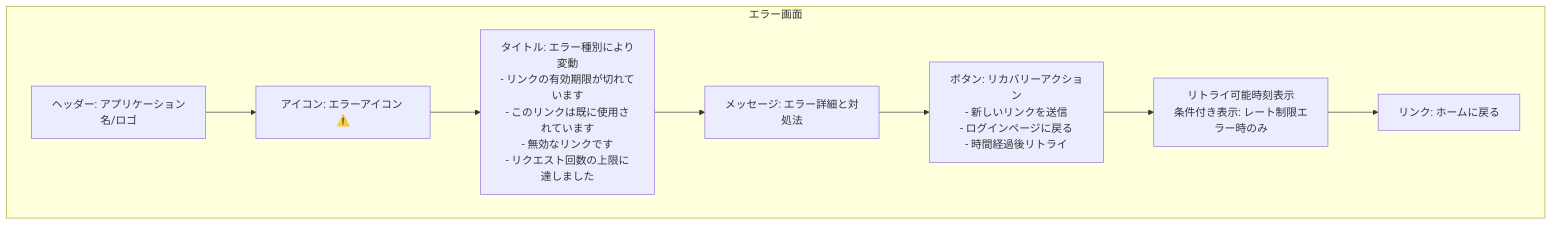
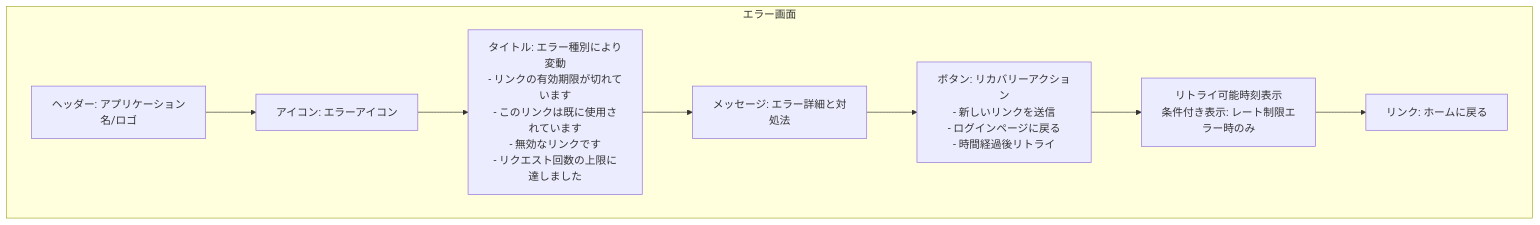
Before and after one commit to einja-inc/einja-management-template: diagram 13 of 14 in docs/einja/example/specs/issues/issue999-example-task/design.md, drawn with Mermaid. The commit also changed other lines of this file and 7 other files, not shown here.

````diff
--- a/docs/einja/example/specs/issues/issue999-example-task/design.md
+++ b/docs/einja/example/specs/issues/issue999-example-task/design.md
@@ -387,19 +848,19 @@
 ```mermaid
 graph TB
     subgraph "エラー画面"
         Header[ヘッダー: アプリケーション名/ロゴ]
-        ErrorIcon[アイコン: エラーアイコン ⚠️]
+        ErrorIcon[アイコン: エラーアイコン]
         ErrorTitle[タイトル: エラー種別により変動<br/>- リンクの有効期限が切れています<br/>- このリンクは既に使用されています<br/>- 無効なリンクです<br/>- リクエスト回数の上限に達しました]
         ErrorMessage[メッセージ: エラー詳細と対処法]
         ActionBtn[ボタン: リカバリーアクション<br/>- 新しいリンクを送信<br/>- ログインページに戻る<br/>- 時間経過後リトライ]
         RetryAfter[リトライ可能時刻表示<br/>条件付き表示: レート制限エラー時のみ]
         BackLink[リンク: ホームに戻る]
 
         Header --> ErrorIcon
         ErrorIcon --> ErrorTitle
         ErrorTitle --> ErrorMessage
         ErrorMessage --> ActionBtn
         ActionBtn --> RetryAfter
         RetryAfter --> BackLink
     end
 ```
````
